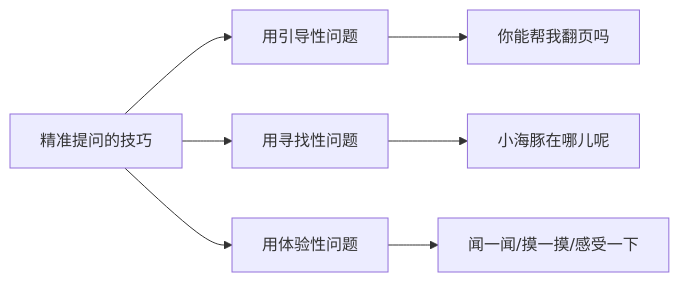
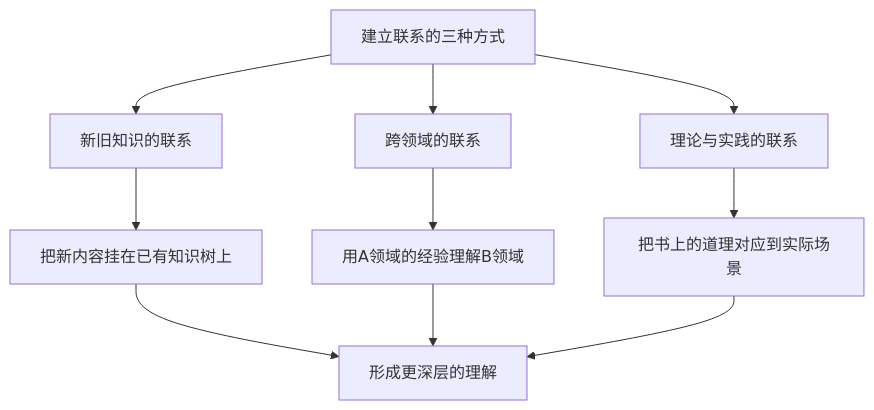
The fourth of 12 diagrams in 10.自我进阶提升书/06.语言沟通的演进/6.3理解能力的锻炼.md (chongyang211/YCBookBlog), drawn with Mermaid before and after one commit. The commit also changed other lines of this file, not shown here.

````diff
--- a/10.自我进阶提升书/06.语言沟通的演进/6.3理解能力的锻炼.md
+++ b/10.自我进阶提升书/06.语言沟通的演进/6.3理解能力的锻炼.md
@@ -96,9 +116,12 @@
 ```mermaid
-graph LR
-    A[精准提问的技巧] --> B[用引导性问题]
-    A --> C[用寻找性问题]
-    A --> D[用体验性问题]
-    B --> B1[你能帮我翻页吗]
-    C --> C1[小海豚在哪儿呢]
-    D --> D1[闻一闻/摸一摸/感受一下]
+graph TD
+    A[建立联系的三种方式] --> B[新旧知识的联系]
+    A --> C[跨领域的联系]
+    A --> D[理论与实践的联系]
+    B --> B1[把新内容挂在已有知识树上]
+    C --> C1[用A领域的经验理解B领域]
+    D --> D1[把书上的道理对应到实际场景]
+    B1 --> E[形成更深层的理解]
+    C1 --> E
+    D1 --> E
 ```
````
